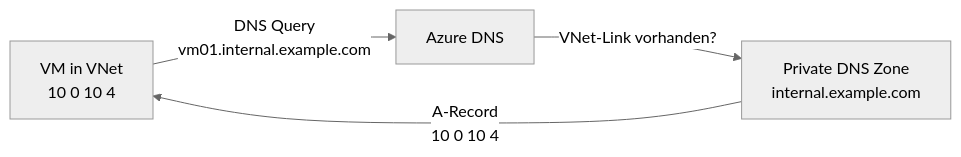
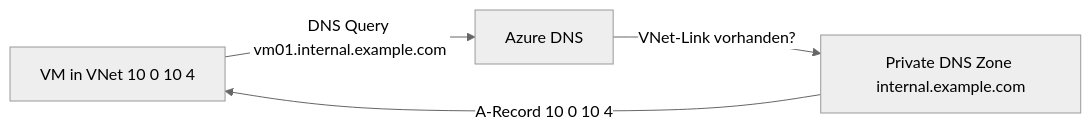
Before and after one commit to SoniiiT/notes-n-docs: the fourth of 8 diagrams in Microsoft 365/Azure/Netzwerk/Azure DNS.md, drawn with Mermaid (neutral theme). The commit also changed other lines of this file and 124 other files, not shown here.

First line of the commit message:
fix: Entferne \n aus allen Mermaid-Diagrammen (125 Dateien)

````diff
--- a/Microsoft 365/Azure/Netzwerk/Azure DNS.md
+++ b/Microsoft 365/Azure/Netzwerk/Azure DNS.md
@@ -148,6 +148,6 @@
 ```mermaid
 graph LR
-    VM[VM in VNet\n10 0 10 4] -->|DNS Query\nvm01.internal.example.com| AZUREDNS[Azure DNS]
-    AZUREDNS -->|VNet-Link vorhanden?| PRIVZONE[Private DNS Zone\ninternal.example.com]
-    PRIVZONE -->|A-Record\n10 0 10 4| VM
+    VM[VM in VNet 10 0 10 4] -->|DNS Query vm01.internal.example.com| AZUREDNS[Azure DNS]
+    AZUREDNS -->|VNet-Link vorhanden?| PRIVZONE[Private DNS Zone internal.example.com]
+    PRIVZONE -->|A-Record 10 0 10 4| VM
 ```
````
